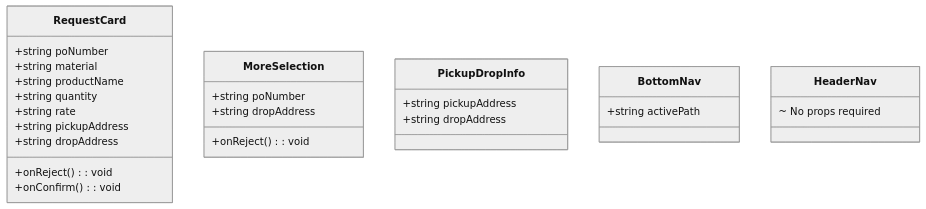
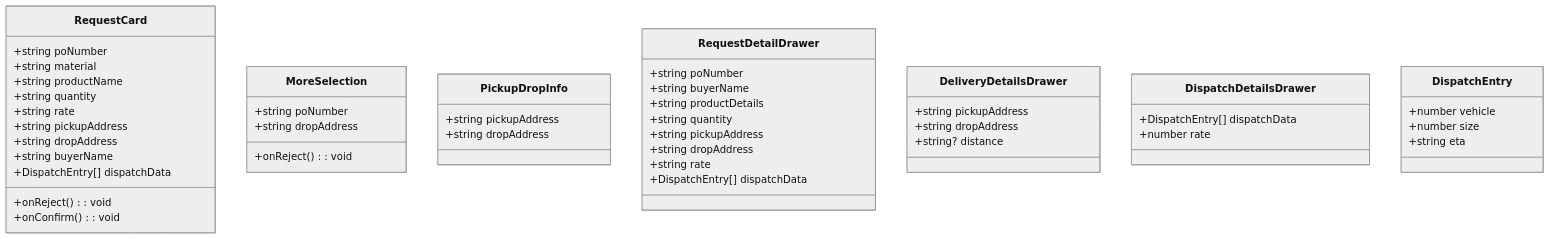
The fourth of 4 diagrams in README.new-orders.md (ayooshS/freightfox-frontend), drawn with Mermaid (neutral theme) before and after one commit. The commit also changed other lines of this file, not shown here.

````diff
--- a/README.new-orders.md
+++ b/README.new-orders.md
@@ -140,36 +219,56 @@
 ```mermaid
 classDiagram
 
 class RequestCard {
   +string poNumber
   +string material
   +string productName
   +string quantity
   +string rate
   +string pickupAddress
   +string dropAddress
+  +string buyerName
+  +DispatchEntry[] dispatchData
   +onReject(): void
   +onConfirm(): void
 }
 
 class MoreSelection {
   +string poNumber
   +string dropAddress
   +onReject(): void
 }
 
 class PickupDropInfo {
   +string pickupAddress
   +string dropAddress
 }
 
-class BottomNav {
-  +string activePath
+class RequestDetailDrawer {
+  +string poNumber
+  +string buyerName
+  +string productDetails
+  +string quantity
+  +string pickupAddress
+  +string dropAddress
+  +string rate
+  +DispatchEntry[] dispatchData
 }
 
-class HeaderNav {
-  ~ No props required
+class DeliveryDetailsDrawer {
+  +string pickupAddress
+  +string dropAddress
+  +string? distance
 }
 
+class DispatchDetailsDrawer {
+  +DispatchEntry[] dispatchData
+  +number rate
+}
 
+class DispatchEntry {
+  +number vehicle
+  +number size
+  +string eta
+}
 ```
````
